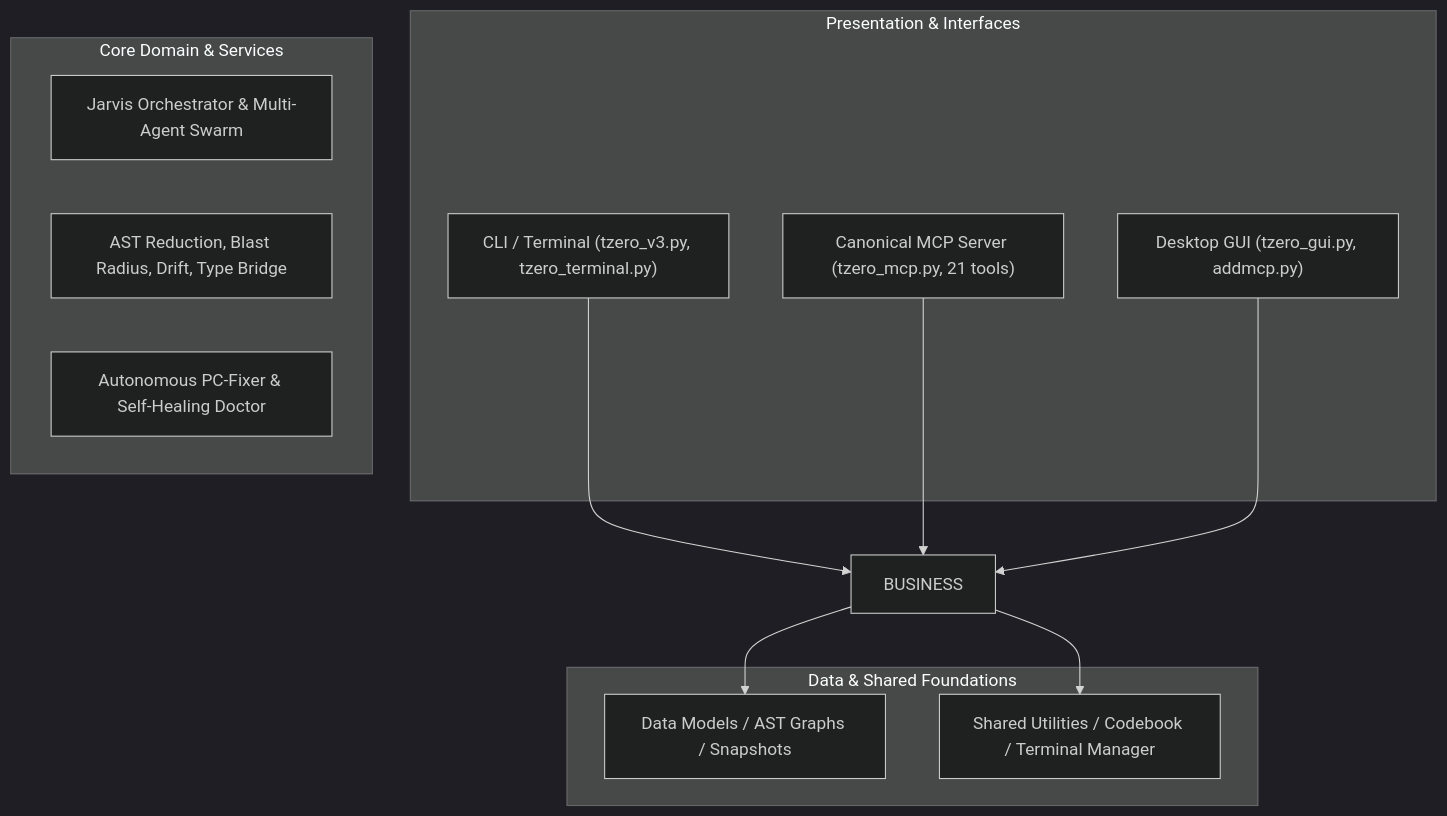
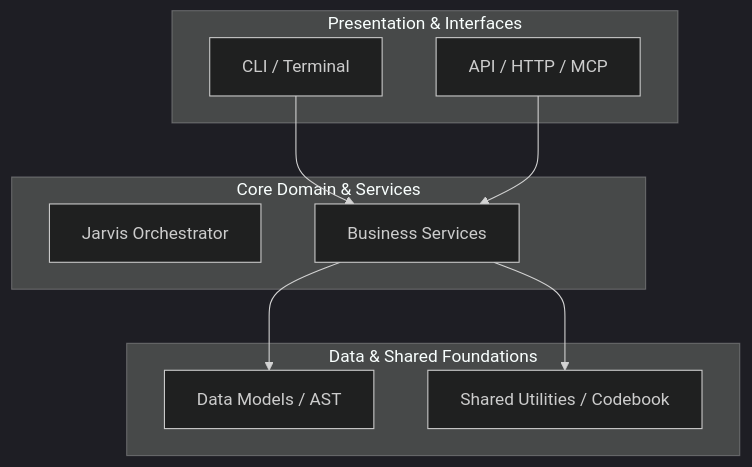
Before and after one commit to toprakahmetaydogmus/TZeroAlgorithm: the diagram in AGENTS.md, drawn with Mermaid (dark theme). The commit also changed other lines of this file and 9 other files, not shown here.

````diff
--- a/AGENTS.md
+++ b/AGENTS.md
@@ -42,23 +34,20 @@
 ```mermaid
 flowchart TD
     subgraph Presentation ["Presentation & Interfaces"]
-        CLI["CLI / Terminal (tzero_v3.py, tzero_terminal.py)"]
-        MCP["Canonical MCP Server (tzero_mcp.py, 21 tools)"]
-        GUI["Desktop GUI (tzero_gui.py, addmcp.py)"]
+        CLI["CLI / Terminal"]
+        API["API / HTTP / MCP"]
     end
     subgraph Business ["Core Domain & Services"]
-        ORCH["Jarvis Orchestrator & Multi-Agent Swarm"]
-        FEATURES["AST Reduction, Blast Radius, Drift, Type Bridge"]
-        FIXER["Autonomous PC-Fixer & Self-Healing Doctor"]
+        ORCH["Jarvis Orchestrator"]
+        SERVICES["Business Services"]
     end
     subgraph Persistence ["Data & Shared Foundations"]
-        MODELS["Data Models / AST Graphs / Snapshots"]
-        UTILS["Shared Utilities / Codebook / Terminal Manager"]
+        MODELS["Data Models / AST"]
+        UTILS["Shared Utilities / Codebook"]
     end
 
-    CLI --> BUSINESS
-    MCP --> BUSINESS
-    GUI --> BUSINESS
-    BUSINESS --> MODELS
-    BUSINESS --> UTILS
+    CLI --> SERVICES
+    API --> SERVICES
+    SERVICES --> MODELS
+    SERVICES --> UTILS
 ```
````
